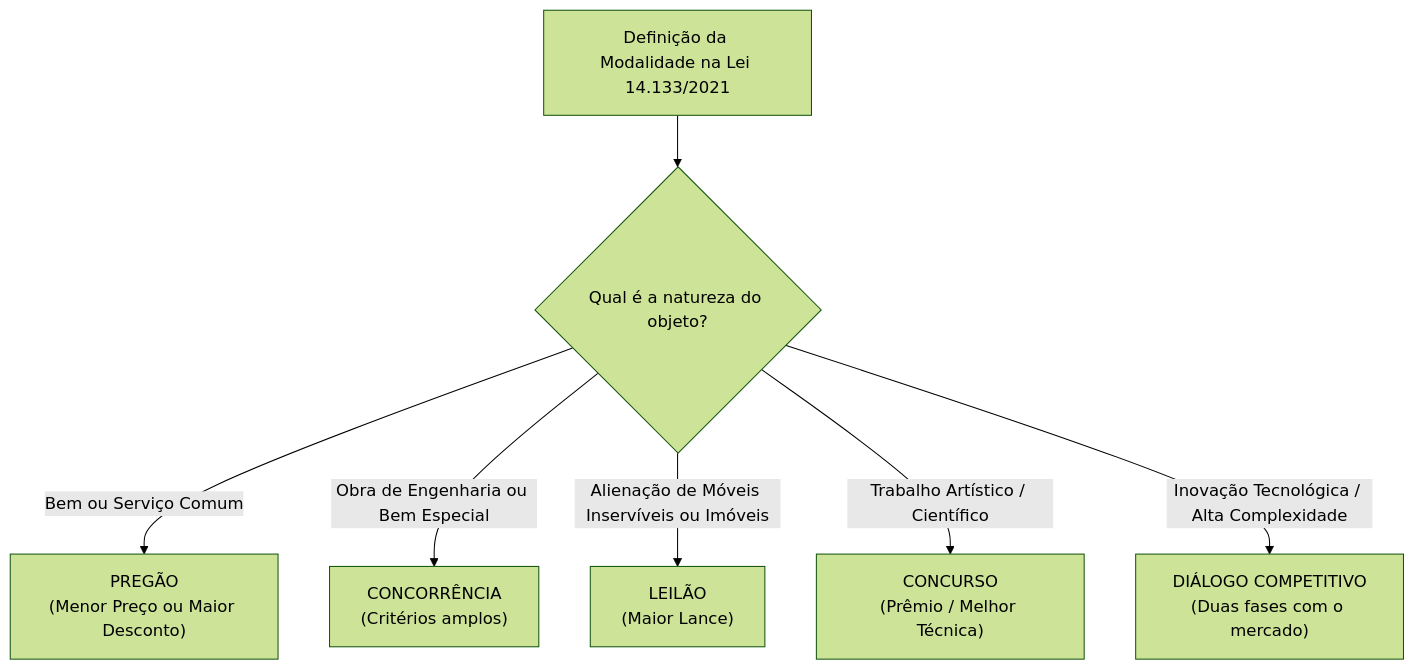
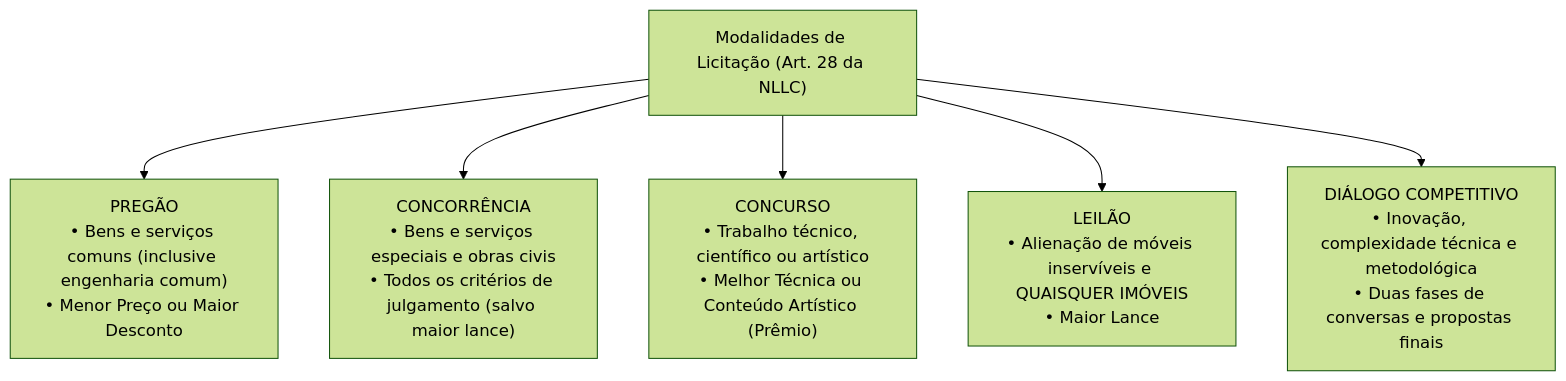
The second of 2 diagrams in fontes_de_estudo/conhecimentos_especificos_a01_tecnico_administrativo/16_licitacoes_e_contratos_administrativos/02_fases_modalidades_e_criterios_de_julgamento.md (thiagosantos346/TCE-GO-2027), drawn with Mermaid (forest theme) before and after one commit. The commit also changed other lines of this file and 119 other files, not shown here.

````diff
--- a/fontes_de_estudo/conhecimentos_especificos_a01_tecnico_administrativo/16_licitacoes_e_contratos_administrativos/02_fases_modalidades_e_criterios_de_julgamento.md
+++ b/fontes_de_estudo/conhecimentos_especificos_a01_tecnico_administrativo/16_licitacoes_e_contratos_administrativos/02_fases_modalidades_e_criterios_de_julgamento.md
@@ -90,9 +93,10 @@
 ```mermaid
 flowchart TD
-    OBJETO["Definição da Modalidade na Lei 14.133/2021"] --> TIPO{"Qual é a natureza do objeto?"}
-    TIPO -->|"Bem ou Serviço Comum"| PREG["PREGÃO<br/>(Menor Preço ou Maior Desconto)"]
-    TIPO -->|"Obra de Engenharia ou Bem Especial"| CONC["CONCORRÊNCIA<br/>(Critérios amplos)"]
-    TIPO -->|"Alienação de Móveis Inservíveis ou Imóveis"| LEIL["LEILÃO<br/>(Maior Lance)"]
-    TIPO -->|"Trabalho Artístico / Científico"| CONC_ART["CONCURSO<br/>(Prêmio / Melhor Técnica)"]
-    TIPO -->|"Inovação Tecnológica / Alta Complexidade"| DIAL["DIÁLOGO COMPETITIVO<br/>(Duas fases com o mercado)"]
+    MOD["Modalidades de Licitação (Art. 28 da NLLC)"]
+    
+    MOD --> P["PREGÃO<br/>• Bens e serviços comuns (inclusive engenharia comum)<br/>• Menor Preço ou Maior Desconto"]
+    MOD --> C["CONCORRÊNCIA<br/>• Bens e serviços especiais e obras civis<br/>• Todos os critérios de julgamento (salvo maior lance)"]
+    MOD --> CONC["CONCURSO<br/>• Trabalho técnico, científico ou artístico<br/>• Melhor Técnica ou Conteúdo Artístico (Prêmio)"]
+    MOD --> L["LEILÃO<br/>• Alienação de móveis inservíveis e QUAISQUER IMÓVEIS<br/>• Maior Lance"]
+    MOD --> D["DIÁLOGO COMPETITIVO<br/>• Inovação, complexidade técnica e metodológica<br/>• Duas fases de conversas e propostas finais"]
 ```
````
